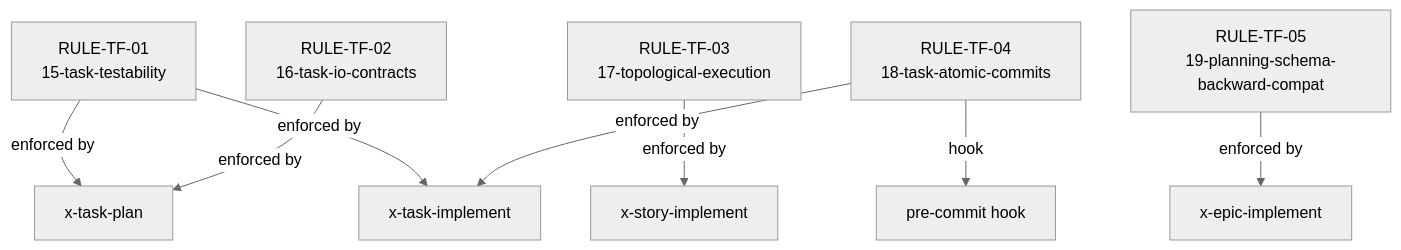
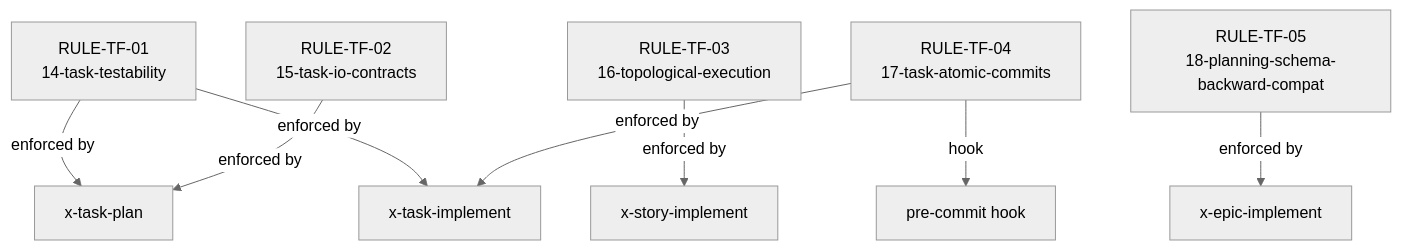
Before and after one commit to edercnj/ia-dev-environment: the second of 2 diagrams in plans/epic-0038/story-0038-0009.md, drawn with Mermaid (neutral theme). The commit also changed other lines of this file and 11 other files, not shown here.

````diff
--- a/plans/epic-0038/story-0038-0009.md
+++ b/plans/epic-0038/story-0038-0009.md
@@ -208,10 +208,10 @@
 ```mermaid
 graph TD
-    R15[RULE-TF-01<br/>15-task-testability] -->|enforced by| SkillTP[x-task-plan]
+    R15[RULE-TF-01<br/>14-task-testability] -->|enforced by| SkillTP[x-task-plan]
     R15 -->|enforced by| SkillTI[x-task-implement]
-    R16[RULE-TF-02<br/>16-task-io-contracts] -->|enforced by| SkillTP
-    R17[RULE-TF-03<br/>17-topological-execution] -->|enforced by| SkillSI[x-story-implement]
-    R18[RULE-TF-04<br/>18-task-atomic-commits] -->|enforced by| SkillTI
+    R16[RULE-TF-02<br/>15-task-io-contracts] -->|enforced by| SkillTP
+    R17[RULE-TF-03<br/>16-topological-execution] -->|enforced by| SkillSI[x-story-implement]
+    R18[RULE-TF-04<br/>17-task-atomic-commits] -->|enforced by| SkillTI
     R18 -->|hook| PreCommit[pre-commit hook]
-    R19[RULE-TF-05<br/>19-planning-schema-backward-compat] -->|enforced by| SkillEI[x-epic-implement]
+    R19[RULE-TF-05<br/>18-planning-schema-backward-compat] -->|enforced by| SkillEI[x-epic-implement]
 ```
````
